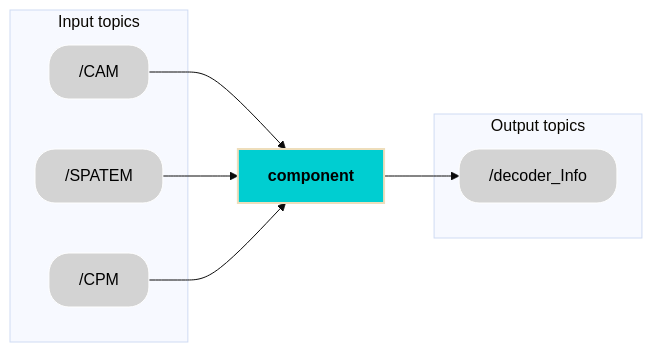
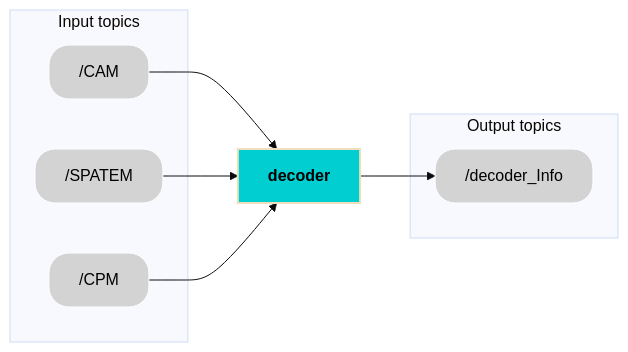
The diagram in README.md (PaxAuto/decoder), drawn with Mermaid (base theme) before and after one commit. The commit also changed other lines of this file, not shown here.

````diff
--- a/README.md
+++ b/README.md
@@ -19,40 +19,40 @@
 ```mermaid
 graph LR
     %% Input Topics
     subgraph Input topics
         EVSEAL["/CAM"]:::grayEllipse
         MS["/SPATEM"]:::grayEllipse
         VCU["/CPM"]:::grayEllipse
     end
 
     %% Component
-    EM["component"]:::cyanEllipse
+    EM["decoder"]:::cyanEllipse
 
     %% Connections
     EVSEAL --> EM
     MS --> EM
     VCU --> EM
     EM --> DC
 
     %% Output Topics
     subgraph Output topics
         DC["/decoder_Info"]:::grayEllipse
     end
 
     %% Ellipse shape styling
     classDef soft_rectangle stroke:#FFFFFF,rx:20,ry:20;
     classDef component font-weight:bold,stroke-width:2px;
 
     %% Colors
     classDef cyanEllipse fill:#00CED1, color:#000000;                                                                                           
     classDef grayEllipse fill:#D3D3D3, color:#000000;
 
     %% Apply shapes
     class EVSEAL soft_rectangle;
     class MS soft_rectangle;
     class VCU soft_rectangle;
     class DC soft_rectangle;
     class EM component;
 
    
 ```
````
